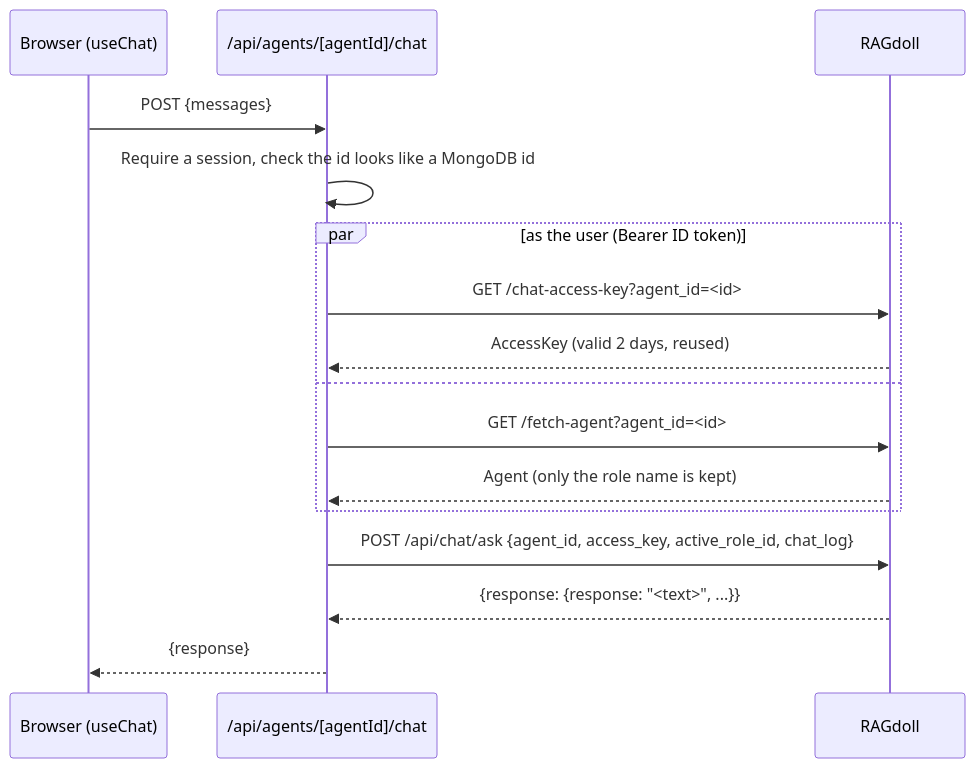
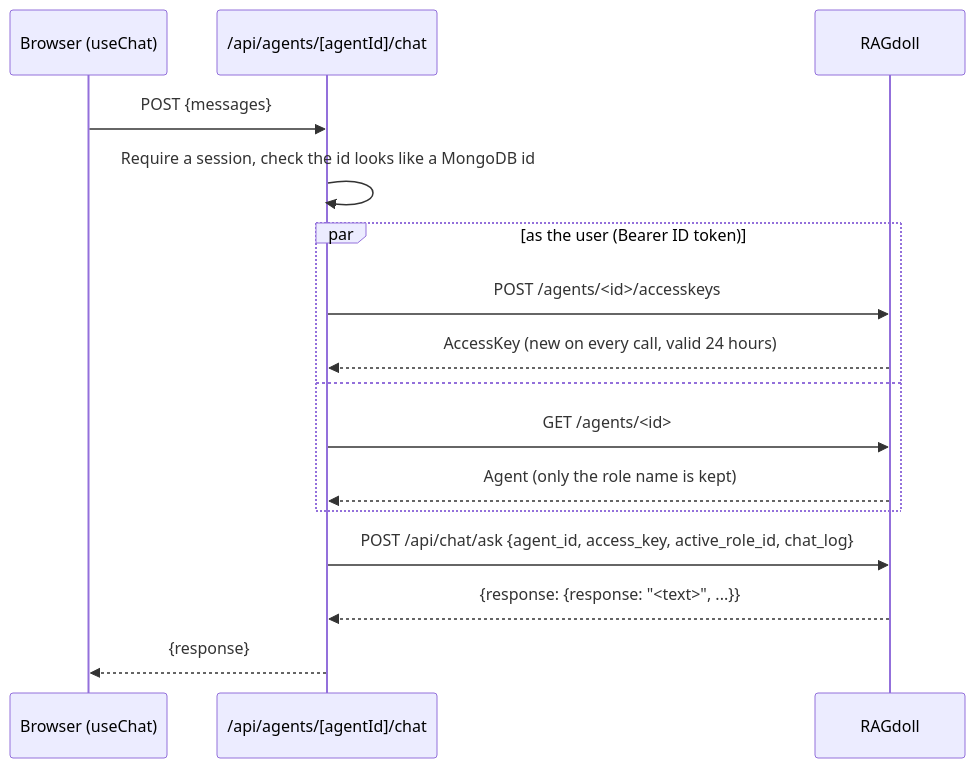
Before and after one commit to IMTEL/team-tdt4290-fall-2026: the seventh of 7 diagrams in docs/architecture.md, drawn with Mermaid. The commit also changed other lines of this file and 2 other files, not shown here.

````diff
--- a/docs/architecture.md
+++ b/docs/architecture.md
@@ -413,19 +413,19 @@
 ```mermaid
 sequenceDiagram
     participant B as Browser (useChat)
     participant N as /api/agents/[agentId]/chat
     participant R as RAGdoll
 
     B->>N: POST {messages}
     N->>N: Require a session, check the id looks like a MongoDB id
     par as the user (Bearer ID token)
-        N->>R: GET /chat-access-key?agent_id=<id>
-        R-->>N: AccessKey (valid 2 days, reused)
+        N->>R: POST /agents/<id>/accesskeys
+        R-->>N: AccessKey (new on every call, valid 24 hours)
     and
-        N->>R: GET /fetch-agent?agent_id=<id>
+        N->>R: GET /agents/<id>
         R-->>N: Agent (only the role name is kept)
     end
     N->>R: POST /api/chat/ask {agent_id, access_key, active_role_id, chat_log}
     R-->>N: {response: {response: "<text>", ...}}
     N-->>B: {response}
 ```
````
